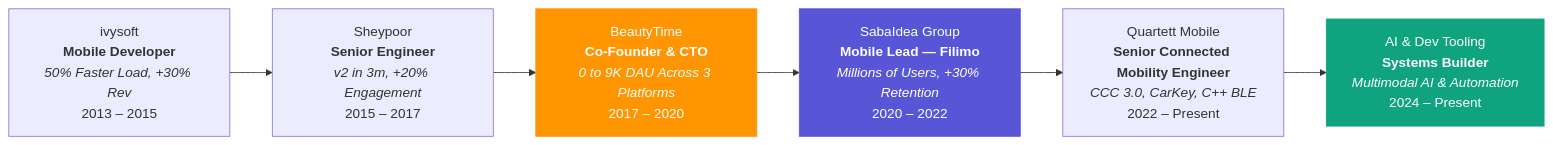
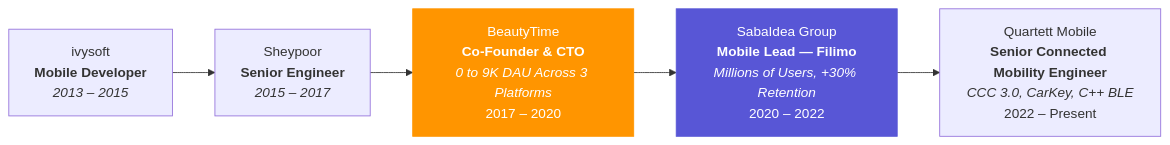
One commit to aakpro/resume changed the first of 2 diagrams in README.md. Above: the diagram before and after it, drawn with Mermaid. The commit also changed other lines of this file and 1 other file, not shown here.

````diff
--- a/README.md
+++ b/README.md
@@ -50,12 +49,10 @@
 ```mermaid
 flowchart LR
-    A["ivysoft<br/><b>Mobile Developer</b><br/><i>50% Faster Load, +30% Rev</i><br/>2013 – 2015"] --> B["Sheypoor<br/><b>Senior Engineer</b><br/><i>v2 in 3m, +20% Engagement</i><br/>2015 – 2017"]
+    A["ivysoft<br/><b>Mobile Developer</b><br/><i>2013 – 2015</i>"] --> B["Sheypoor<br/><b>Senior Engineer</b><br/><i>2015 – 2017</i>"]
     B --> C["BeautyTime<br/><b>Co-Founder & CTO</b><br/><i>0 to 9K DAU Across 3 Platforms</i><br/>2017 – 2020"]
     C --> D["SabaIdea Group<br/><b>Mobile Lead — Filimo</b><br/><i>Millions of Users, +30% Retention</i><br/>2020 – 2022"]
     D --> E["Quartett Mobile<br/><b>Senior Connected Mobility Engineer</b><br/><i>CCC 3.0, CarKey, C++ BLE</i><br/>2022 – Present"]
-    E --> F["AI & Dev Tooling<br/><b>Systems Builder</b><br/><i>Multimodal AI & Automation</i><br/>2024 – Present"]
 
     style C fill:#FF9500,color:#fff,stroke:#FF9500
     style D fill:#5856D6,color:#fff,stroke:#5856D6
-    style F fill:#10A37F,color:#fff,stroke:#10A37F
 ```
````
